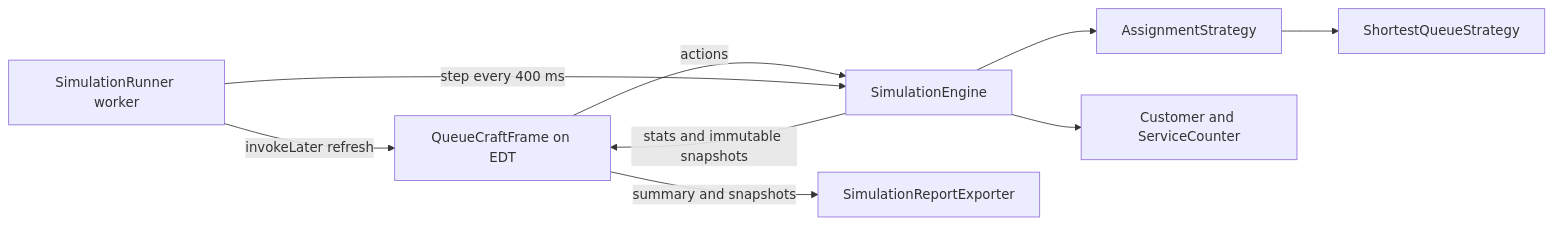
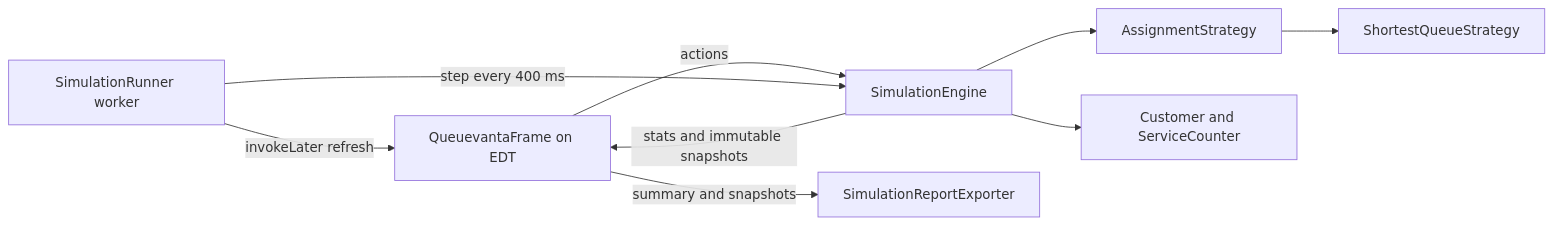
One commit to harryfernando10/QueueCraft-Java changed the diagram in docs/ARCHITECTURE.md. Above: the diagram before and after it, drawn with Mermaid. The commit also changed other lines of this file and 43 other files, not shown here.

Commit message:
Rebrand QueueCraft as Queuevanta

````diff
--- a/docs/ARCHITECTURE.md
+++ b/docs/ARCHITECTURE.md
@@ -24,11 +24,11 @@
 ```mermaid
 flowchart LR
-  UI[QueueCraftFrame on EDT] -->|actions| Engine[SimulationEngine]
+  UI[QueuevantaFrame on EDT] -->|actions| Engine[SimulationEngine]
   Engine --> Strategy[AssignmentStrategy]
   Strategy --> Shortest[ShortestQueueStrategy]
   Engine --> Model[Customer and ServiceCounter]
   Runner[SimulationRunner worker] -->|step every 400 ms| Engine
   Runner -->|invokeLater refresh| UI
   Engine -->|stats and immutable snapshots| UI
   UI -->|summary and snapshots| Export[SimulationReportExporter]
 ```
````
